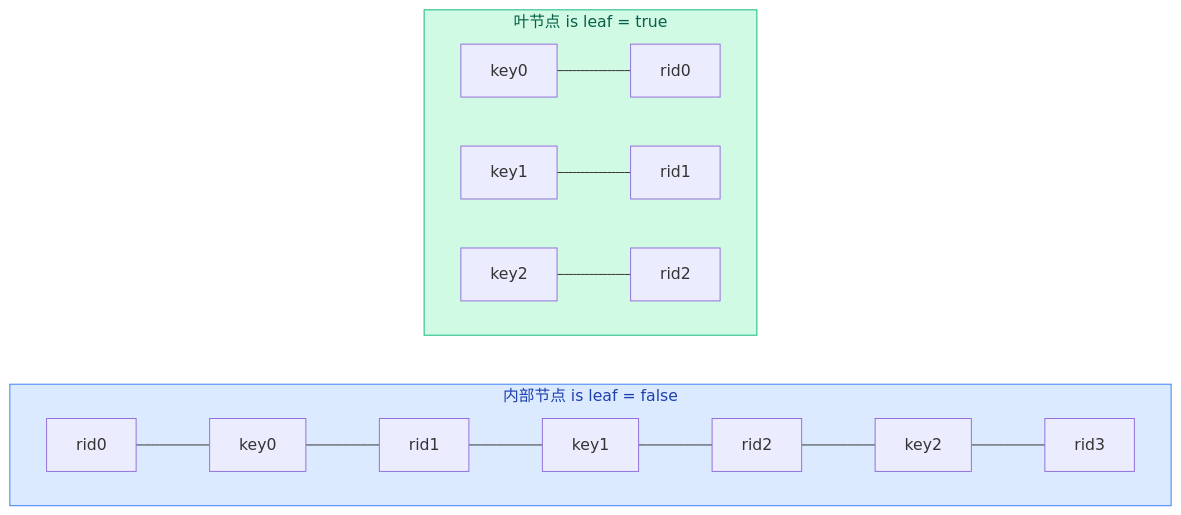
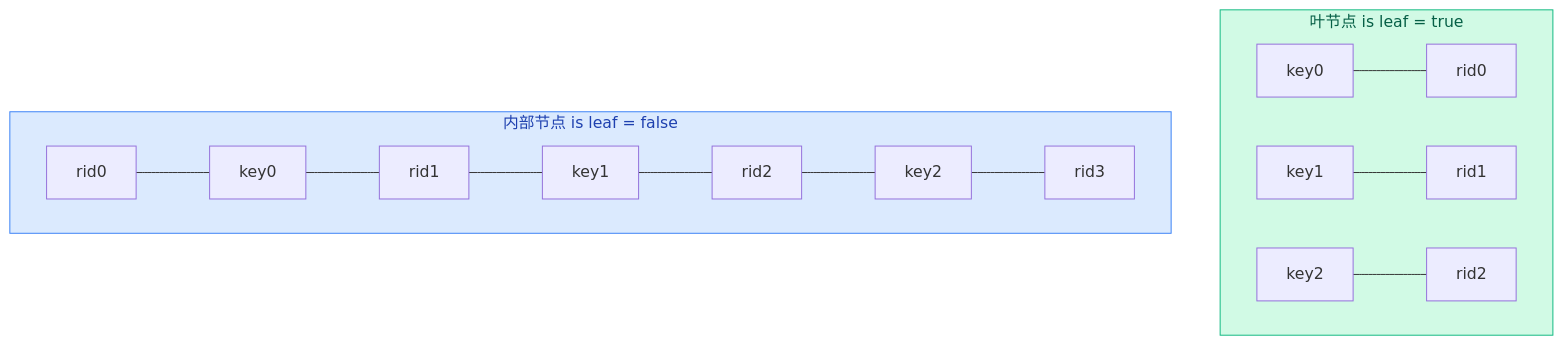
Before and after one commit to Dorian7Alden/RMDB-2024-Analyze: the first of 2 diagrams in my-analysis/03-index-layer/04a-btree-search.md, drawn with Mermaid. The commit also changed other lines of this file, not shown here.

Commit message:
doc(index): 同步说明文字与 mermaid 块状图的表述
- 将引用旧竖线分隔格式的句子改为描述块状交替排列

````diff
--- a/my-analysis/03-index-layer/04a-btree-search.md
+++ b/my-analysis/03-index-layer/04a-btree-search.md
@@ -7,17 +7,18 @@
 ```mermaid
-flowchart LR
-    subgraph internal["内部节点 is leaf = false"]
-        direction LR
-        r0["rid0"] --- k0["key0"] --- r1["rid1"] --- k1["key1"] --- r2["rid2"] --- k2["key2"] --- r3["rid3"]
-    end
+flowchart TB
 
     subgraph leaf["叶节点 is leaf = true"]
         direction LR
         k0l["key0"] --- r0l["rid0"]
         k1l["key1"] --- r1l["rid1"]
         k2l["key2"] --- r2l["rid2"]
     end
+    
+    subgraph internal["内部节点 is leaf = false"]
+        direction LR
+        r0["rid0"] --- k0["key0"] --- r1["rid1"] --- k1["key1"] --- r2["rid2"] --- k2["key2"] --- r3["rid3"]
+    end
 
     style internal fill:#dbeafe,stroke:#3b82f6,color:#1e40af
     style leaf fill:#d1fae5,stroke:#10b981,color:#065f46
 ```
````
